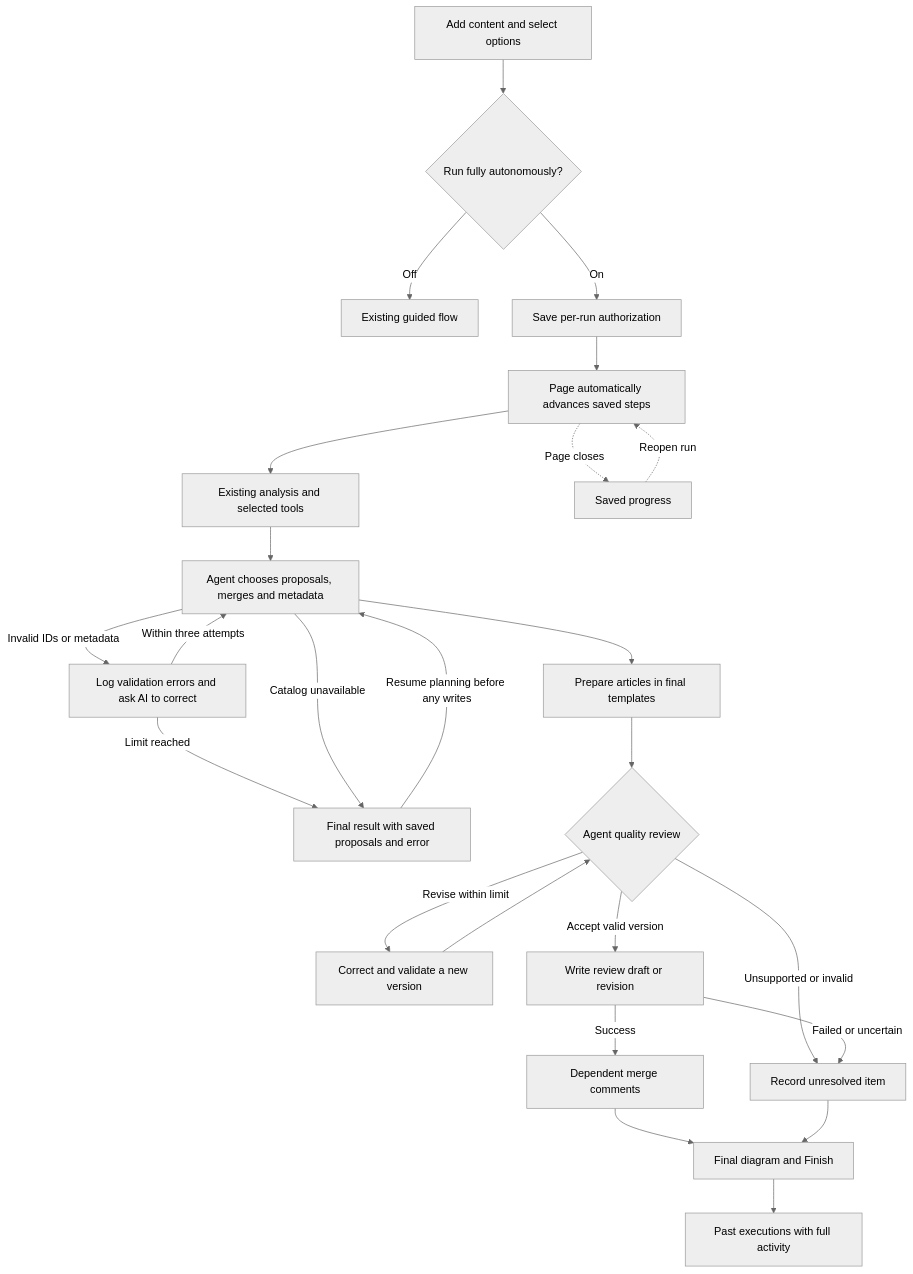
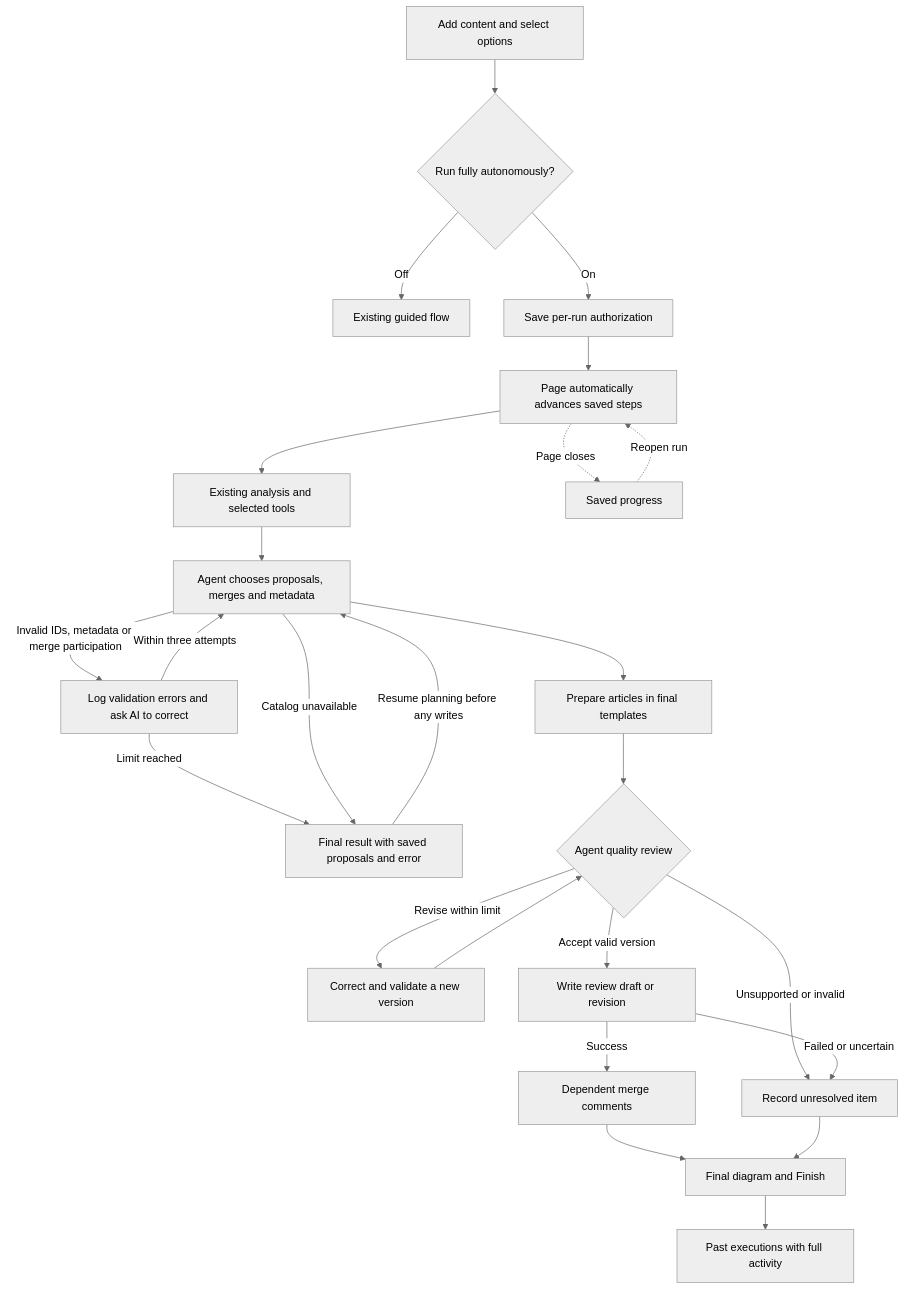
One commit to ffernandesupland/knoledge-studio changed the diagram in docs/autonomous-pipeline.md. Above: the diagram before and after it, drawn with Mermaid (neutral theme). The commit also changed other lines of this file and 12 other files, not shown here.

````diff
--- a/docs/autonomous-pipeline.md
+++ b/docs/autonomous-pipeline.md
@@ -40,27 +41,27 @@
 ```mermaid
 flowchart TD
   Start[Add content and select options] --> Mode{Run fully autonomously?}
   Mode -->|Off| Guided[Existing guided flow]
   Mode -->|On| Save[Save per-run authorization]
   Save --> App[Page automatically advances saved steps]
   App --> Analyze[Existing analysis and selected tools]
   Analyze --> Plan[Agent chooses proposals, merges and metadata]
   Plan --> Prepare[Prepare articles in final templates]
-  Plan -->|Invalid IDs or metadata| Repair[Log validation errors and ask AI to correct]
+  Plan -->|Invalid IDs, metadata or merge participation| Repair[Log validation errors and ask AI to correct]
   Repair -->|Within three attempts| Plan
   Repair -->|Limit reached| Failed
   Plan -->|Catalog unavailable| Failed[Final result with saved proposals and error]
   Failed -->|Resume planning before any writes| Plan
   Prepare --> Review{Agent quality review}
   Review -->|Revise within limit| Correct[Correct and validate a new version]
   Correct --> Review
   Review -->|Unsupported or invalid| Partial[Record unresolved item]
   Review -->|Accept valid version| Write[Write review draft or revision]
   Write -->|Success| Comments[Dependent merge comments]
   Write -->|Failed or uncertain| Partial
   Comments --> Result[Final diagram and Finish]
   Partial --> Result
   Result --> History[Past executions with full activity]
   App -. Page closes .-> Pause[Saved progress]
   Pause -. Reopen run .-> App
 ```
````
